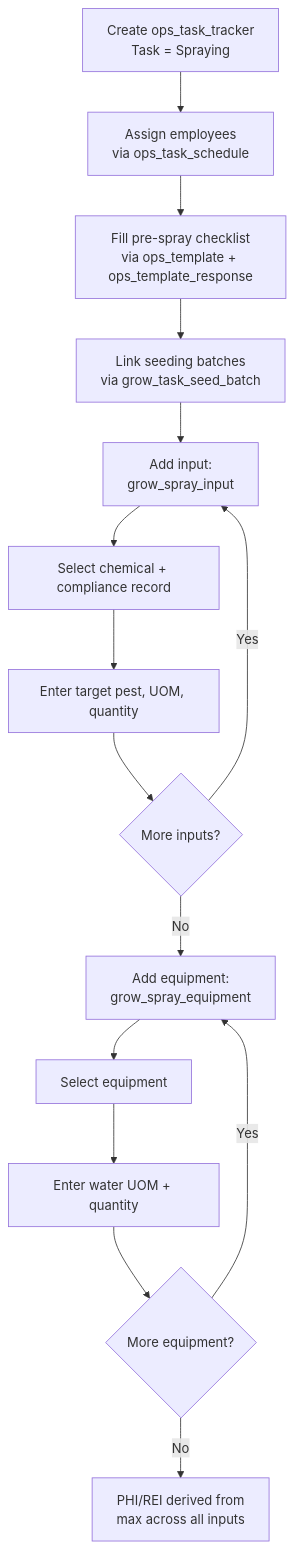
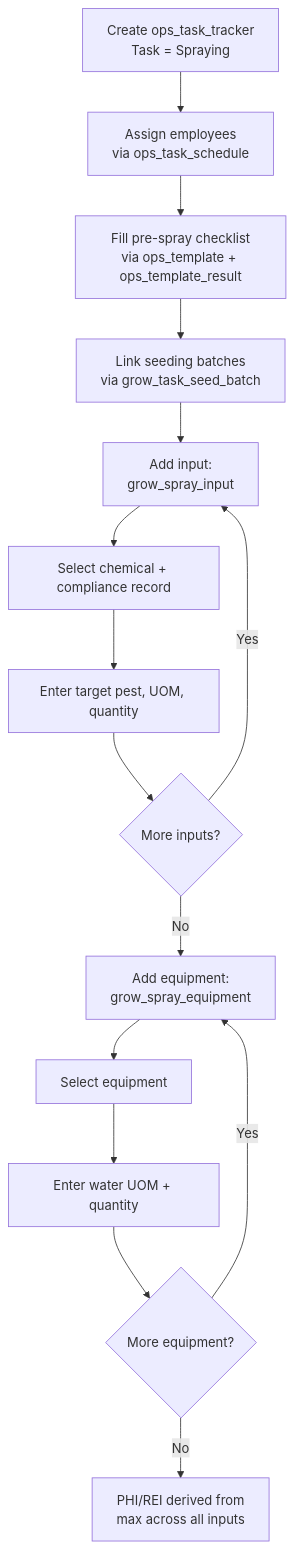
One commit to Hawaii-Farming/aloha-app changed the diagram in docs/processes/20260327_06_grow_spraying_workflow.md. Above: the diagram before and after it, drawn with Mermaid. The commit also changed other lines of this file and 55 other files, not shown here.

First line of the commit message:
Rename ops_template_response → ops_template_result, add include_photo and photo table

````diff
--- a/docs/processes/20260327_06_grow_spraying_workflow.md
+++ b/docs/processes/20260327_06_grow_spraying_workflow.md
@@ -92,17 +92,17 @@
 ```mermaid
 flowchart TD
     A[Create ops_task_tracker\nTask = Spraying] --> A1[Assign employees\nvia ops_task_schedule]
-    A1 --> B[Fill pre-spray checklist\nvia ops_template + ops_template_response]
+    A1 --> B[Fill pre-spray checklist\nvia ops_template + ops_template_result]
     B --> C[Link seeding batches\nvia grow_task_seed_batch]
     C --> D[Add input:\ngrow_spray_input]
     D --> D1[Select chemical + compliance record]
     D1 --> D2[Enter target pest, UOM, quantity]
     D2 --> D3{More inputs?}
     D3 -->|Yes| D
     D3 -->|No| E[Add equipment:\ngrow_spray_equipment]
     E --> E1[Select equipment]
     E1 --> E2[Enter water UOM + quantity]
     E2 --> E3{More equipment?}
     E3 -->|Yes| E
     E3 -->|No| F[PHI/REI derived from\nmax across all inputs]
 ```
````
